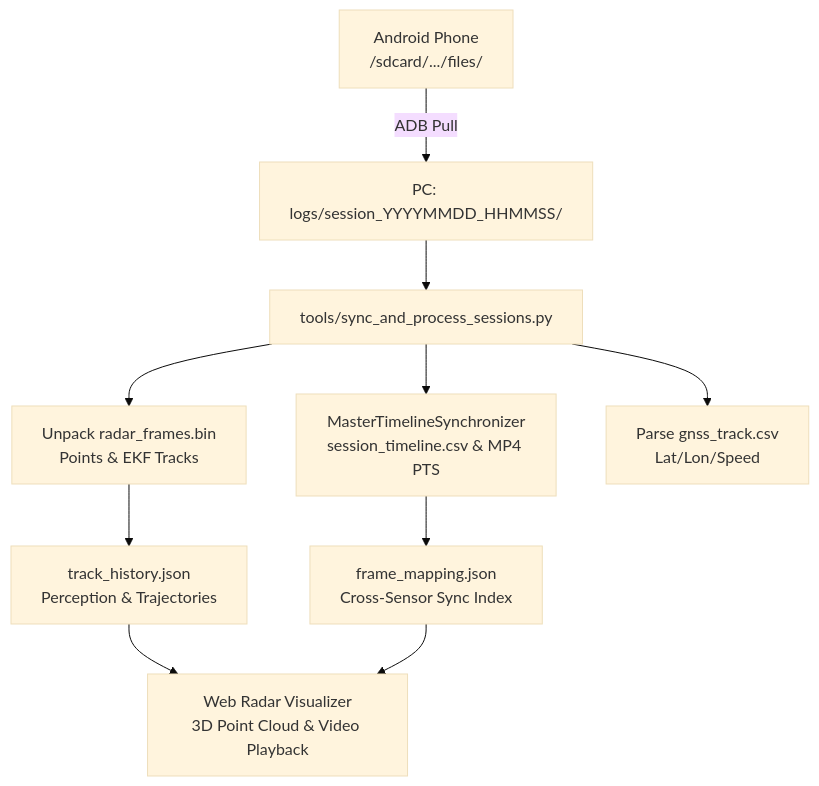
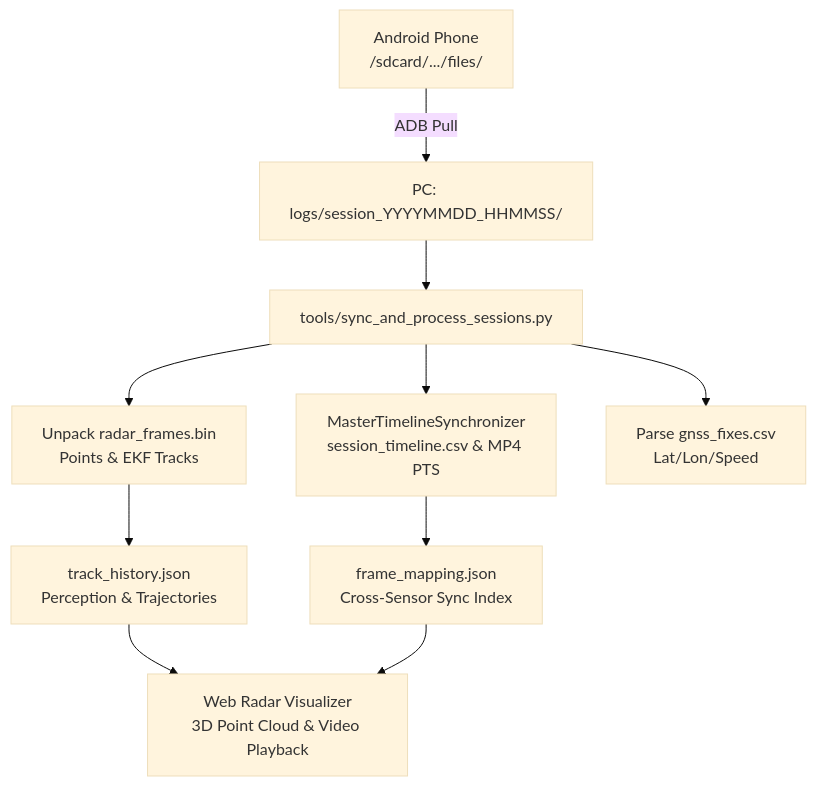
One commit to kadurushil/RoadSense_logger changed the first of 2 diagrams in context/06_PC_TOOLING_AND_VISUALIZER_PIPELINE.md. Above: the diagram before and after it, drawn with Mermaid (base theme). The commit also changed other lines of this file and 10 other files, not shown here.

````diff
--- a/context/06_PC_TOOLING_AND_VISUALIZER_PIPELINE.md
+++ b/context/06_PC_TOOLING_AND_VISUALIZER_PIPELINE.md
@@ -17,16 +17,16 @@
 ```mermaid
 graph TD
     PhoneDevice[Android Phone<br>/sdcard/.../files/] -->|ADB Pull| PCLegacy[PC: logs/session_YYYYMMDD_HHMMSS/]
     
     PCLegacy --> PythonScript[tools/sync_and_process_sessions.py]
     
     PythonScript --> UnpackRadar[Unpack radar_frames.bin<br>Points & EKF Tracks]
     PythonScript --> UnpackVideo[MasterTimelineSynchronizer<br>session_timeline.csv & MP4 PTS]
-    PythonScript --> UnpackGNSS[Parse gnss_track.csv<br>Lat/Lon/Speed]
+    PythonScript --> UnpackGNSS[Parse gnss_fixes.csv<br>Lat/Lon/Speed]
     
     UnpackRadar --> TrackHistory[track_history.json<br>Perception & Trajectories]
     UnpackVideo --> FrameMapping[frame_mapping.json<br>Cross-Sensor Sync Index]
     
     TrackHistory --> WebVisualizer[Web Radar Visualizer<br>3D Point Cloud & Video Playback]
     FrameMapping --> WebVisualizer
 ```
````
